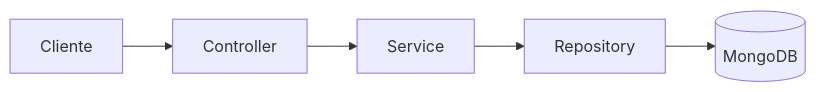
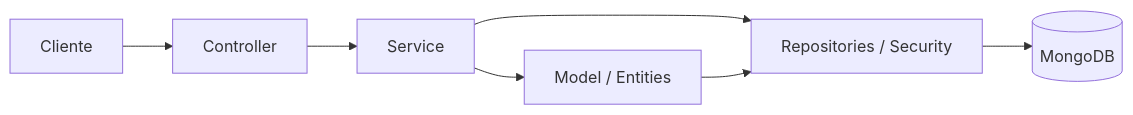
Before and after one commit to flaviare1s/maisprati-hub-server: the diagram in README.md, drawn with Mermaid. The commit also changed other lines of this file, not shown here.

````diff
--- a/README.md
+++ b/README.md
@@ -60,11 +66,9 @@
 ```mermaid
 flowchart LR
-    A[Cliente] --> B[Controller]
-    B --> C[Service]
-    C --> D[Repository]
-    D --> E[(MongoDB)]
-
-    B:::controller
-    C:::service
-    D:::repository
+    Cliente --> Presentation[Controller]
+    Presentation --> Application[Service]
+    Application --> Domain[Model / Entities]
+    Application --> Infrastructure[Repositories / Security]
+    Infrastructure --> MongoDB[(MongoDB)]
+    Domain --> Infrastructure
 ```
````
